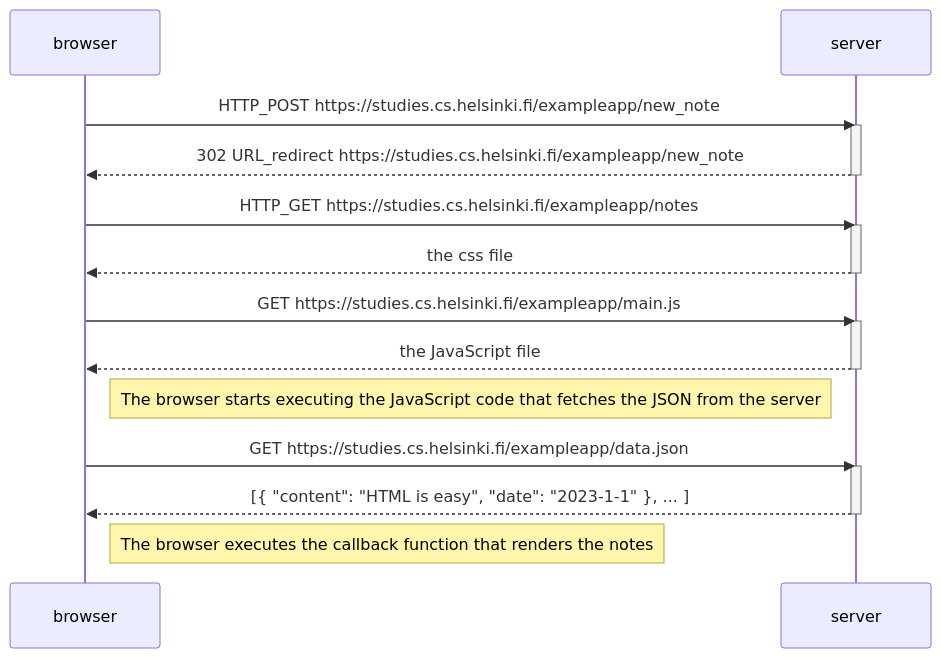
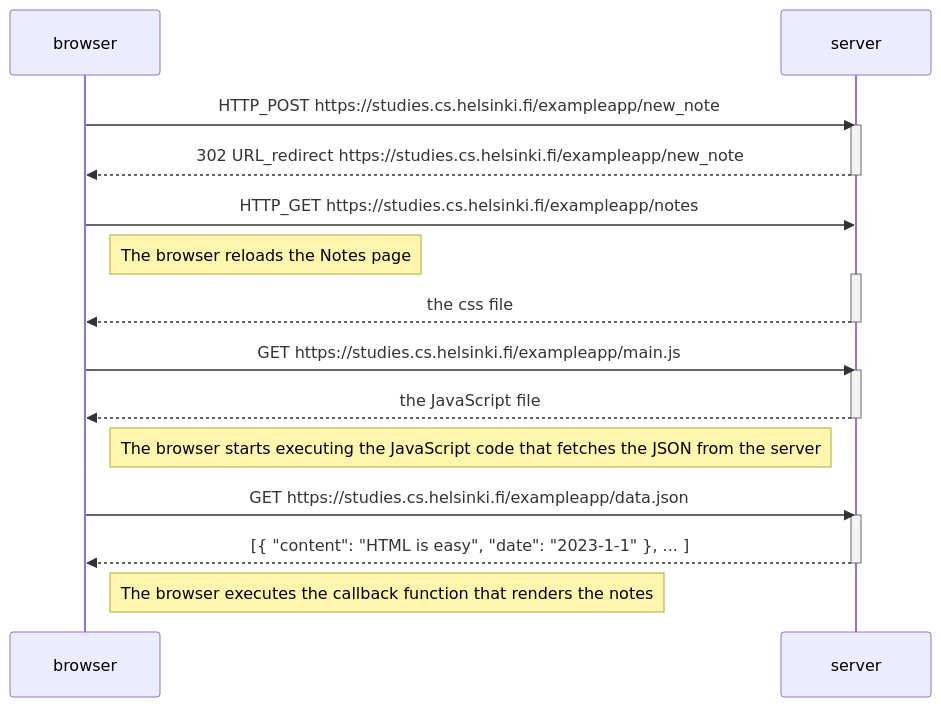
Before and after one commit to TomppeliG6-8/fullstack: the diagram in Part0/0.4 - New note diagram/readme.md, drawn with Mermaid.

````diff
--- a/Part0/0.4 - New note diagram/readme.md
+++ b/Part0/0.4 - New note diagram/readme.md
@@ -1,29 +1,30 @@
 ```mermaid
 sequenceDiagram
     participant browser
     participant server
 
     browser->>server: HTTP_POST https://studies.cs.helsinki.fi/exampleapp/new_note
     activate server
     server-->>browser: 302 URL_redirect https://studies.cs.helsinki.fi/exampleapp/new_note
     deactivate server
 
     browser->>server: HTTP_GET https://studies.cs.helsinki.fi/exampleapp/notes
+    Note right of browser: The browser reloads the Notes page
     activate server
     server-->>browser: the css file
     deactivate server
 
     browser->>server: GET https://studies.cs.helsinki.fi/exampleapp/main.js
     activate server
     server-->>browser: the JavaScript file
     deactivate server
 
     Note right of browser: The browser starts executing the JavaScript code that fetches the JSON from the server
 
     browser->>server: GET https://studies.cs.helsinki.fi/exampleapp/data.json
     activate server
     server-->>browser: [{ "content": "HTML is easy", "date": "2023-1-1" }, ... ]
     deactivate server
 
     Note right of browser: The browser executes the callback function that renders the notes
 ```
````
